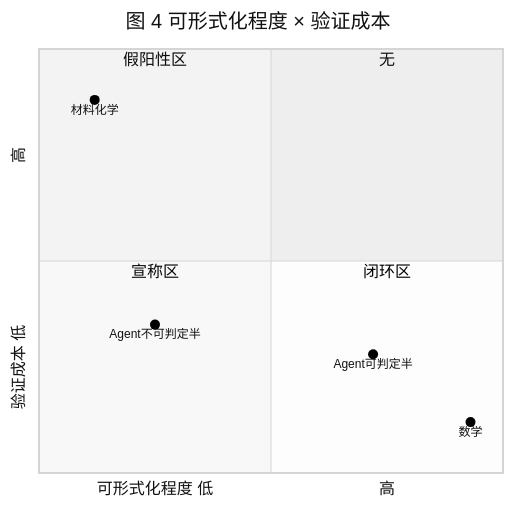
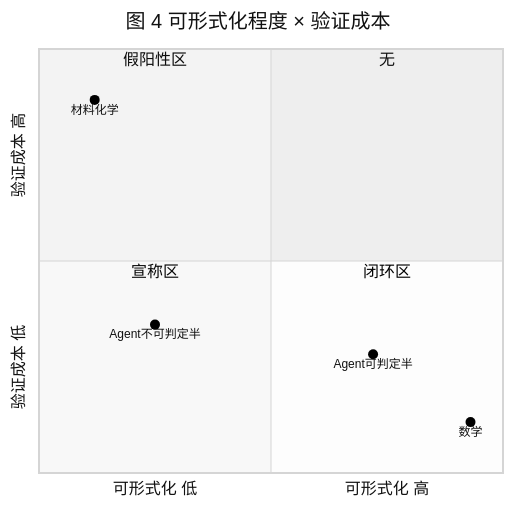
Before and after one commit to liuwwei3/liuwwei3.github.io: the seventh of 8 diagrams in blogs/ai4science-survey.md, drawn with Mermaid (neutral theme). The commit also changed other lines of this file and 1 other file, not shown here.

````diff
--- a/blogs/ai4science-survey.md
+++ b/blogs/ai4science-survey.md
@@ -1058,14 +1060,14 @@
 ```mermaid
 quadrantChart
     title 图 4 可形式化程度 × 验证成本
-    x-axis 可形式化程度 低 --> 高
-    y-axis 验证成本 低 --> 高
-    quadrant-1 无
-    quadrant-2 假阳性区
-    quadrant-3 宣称区
-    quadrant-4 闭环区
-    材料化学: [0.12, 0.88]
-    数学: [0.93, 0.12]
-    Agent可判定半: [0.72, 0.28]
-    Agent不可判定半: [0.25, 0.35]
+    x-axis "可形式化 低" --> "可形式化 高"
+    y-axis "验证成本 低" --> "验证成本 高"
+    quadrant-1 "无"
+    quadrant-2 "假阳性区"
+    quadrant-3 "宣称区"
+    quadrant-4 "闭环区"
+    "材料化学": [0.12, 0.88]
+    "数学": [0.93, 0.12]
+    "Agent可判定半": [0.72, 0.28]
+    "Agent不可判定半": [0.25, 0.35]
 ```
````
